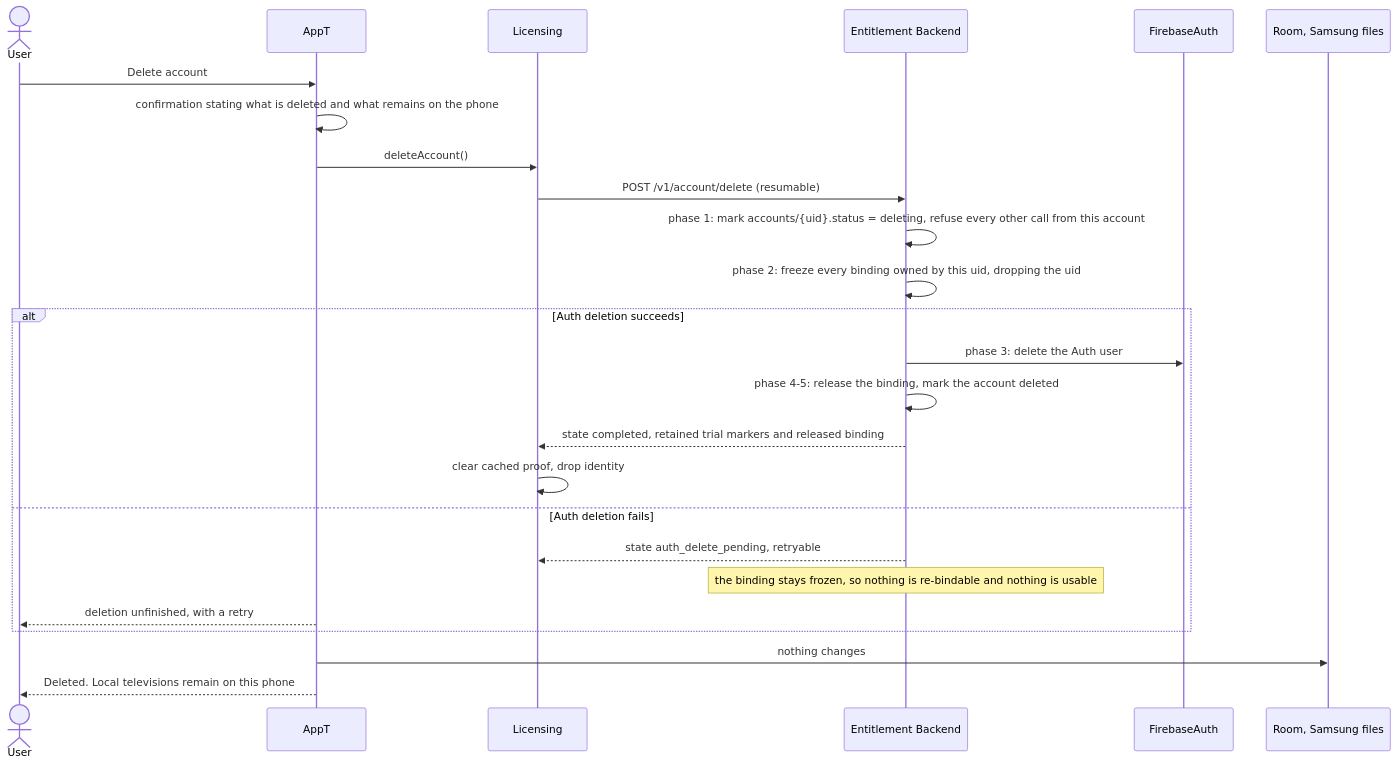
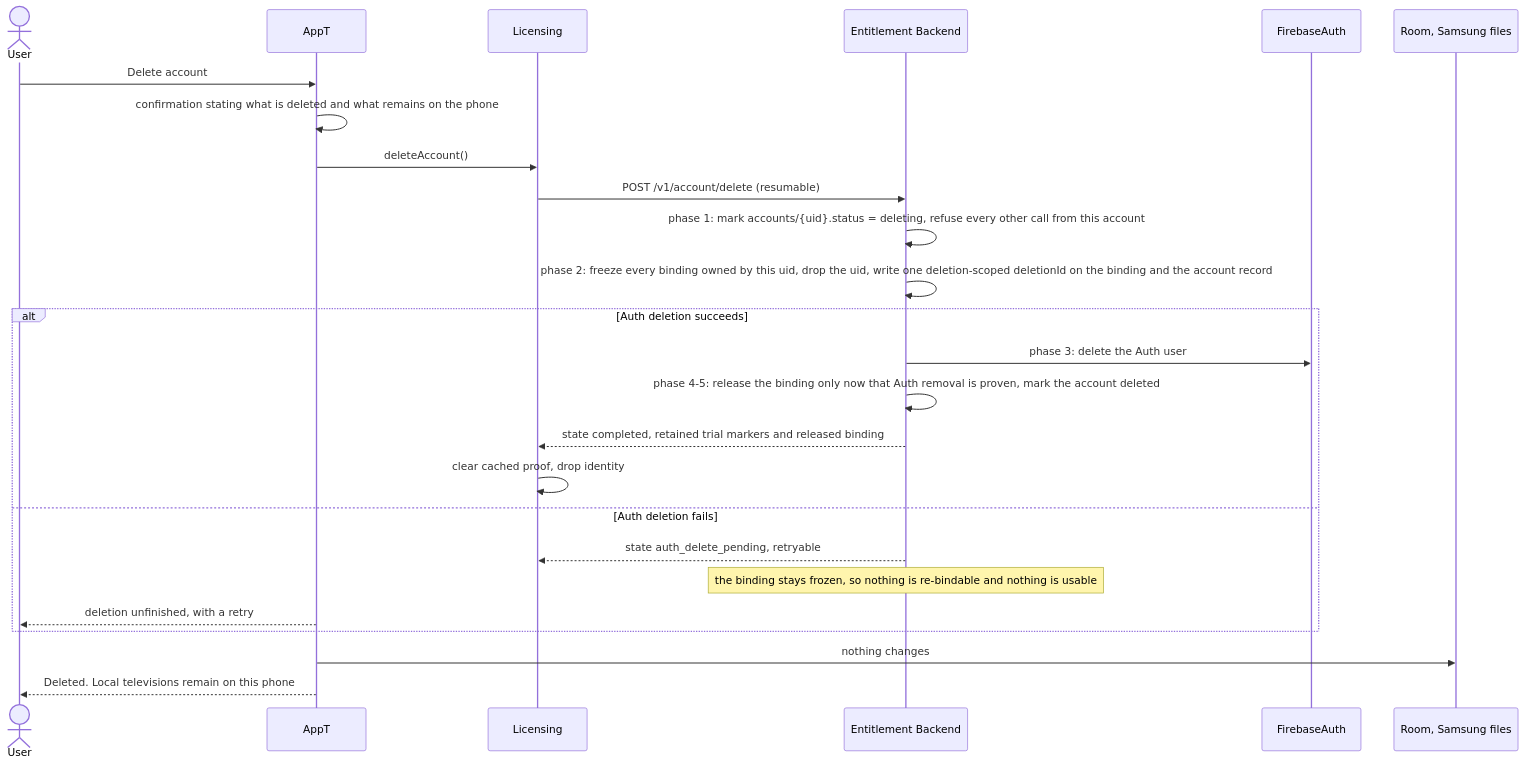
Diagram 13 of 14 in docs/architecture/flows.md (anthracite-labs/AppT), drawn with Mermaid before and after one commit. The commit also changed other lines of this file and 7 other files, not shown here.

````diff
--- a/docs/architecture/flows.md
+++ b/docs/architecture/flows.md
@@ -340,27 +340,27 @@
 ```mermaid
 sequenceDiagram
   actor User
   participant App as AppT
   participant Lic as Licensing
   participant Fn as Entitlement Backend
   participant Auth as FirebaseAuth
   participant Storage as Room, Samsung files
   User->>App: Delete account
   App->>App: confirmation stating what is deleted and what remains on the phone
   App->>Lic: deleteAccount()
   Lic->>Fn: POST /v1/account/delete (resumable)
   Fn->>Fn: phase 1: mark accounts/{uid}.status = deleting, refuse every other call from this account
-  Fn->>Fn: phase 2: freeze every binding owned by this uid, dropping the uid
+  Fn->>Fn: phase 2: freeze every binding owned by this uid, drop the uid, write one deletion-scoped deletionId on the binding and the account record
   alt Auth deletion succeeds
     Fn->>Auth: phase 3: delete the Auth user
-    Fn->>Fn: phase 4-5: release the binding, mark the account deleted
+    Fn->>Fn: phase 4-5: release the binding only now that Auth removal is proven, mark the account deleted
     Fn-->>Lic: state completed, retained trial markers and released binding
     Lic->>Lic: clear cached proof, drop identity
   else Auth deletion fails
     Fn-->>Lic: state auth_delete_pending, retryable
     Note over Fn: the binding stays frozen, so nothing is re-bindable and nothing is usable
     App-->>User: deletion unfinished, with a retry
   end
   App->>Storage: nothing changes
   App-->>User: Deleted. Local televisions remain on this phone
 ```
````
